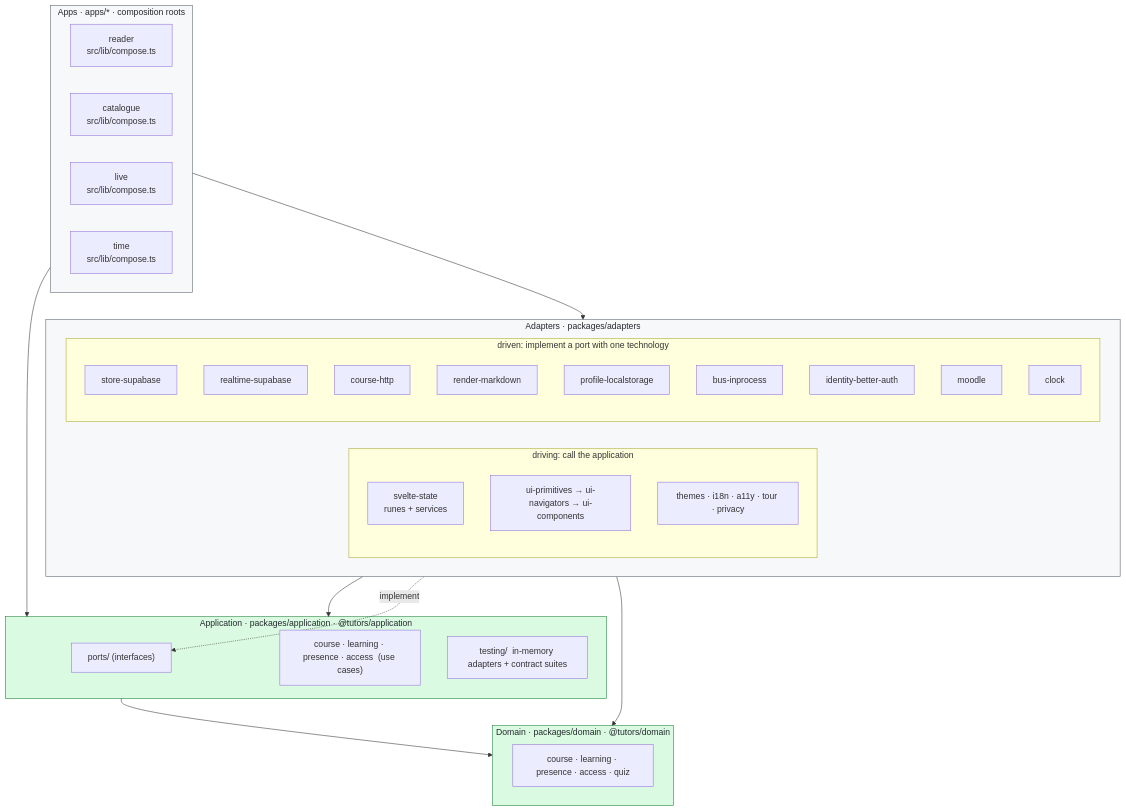
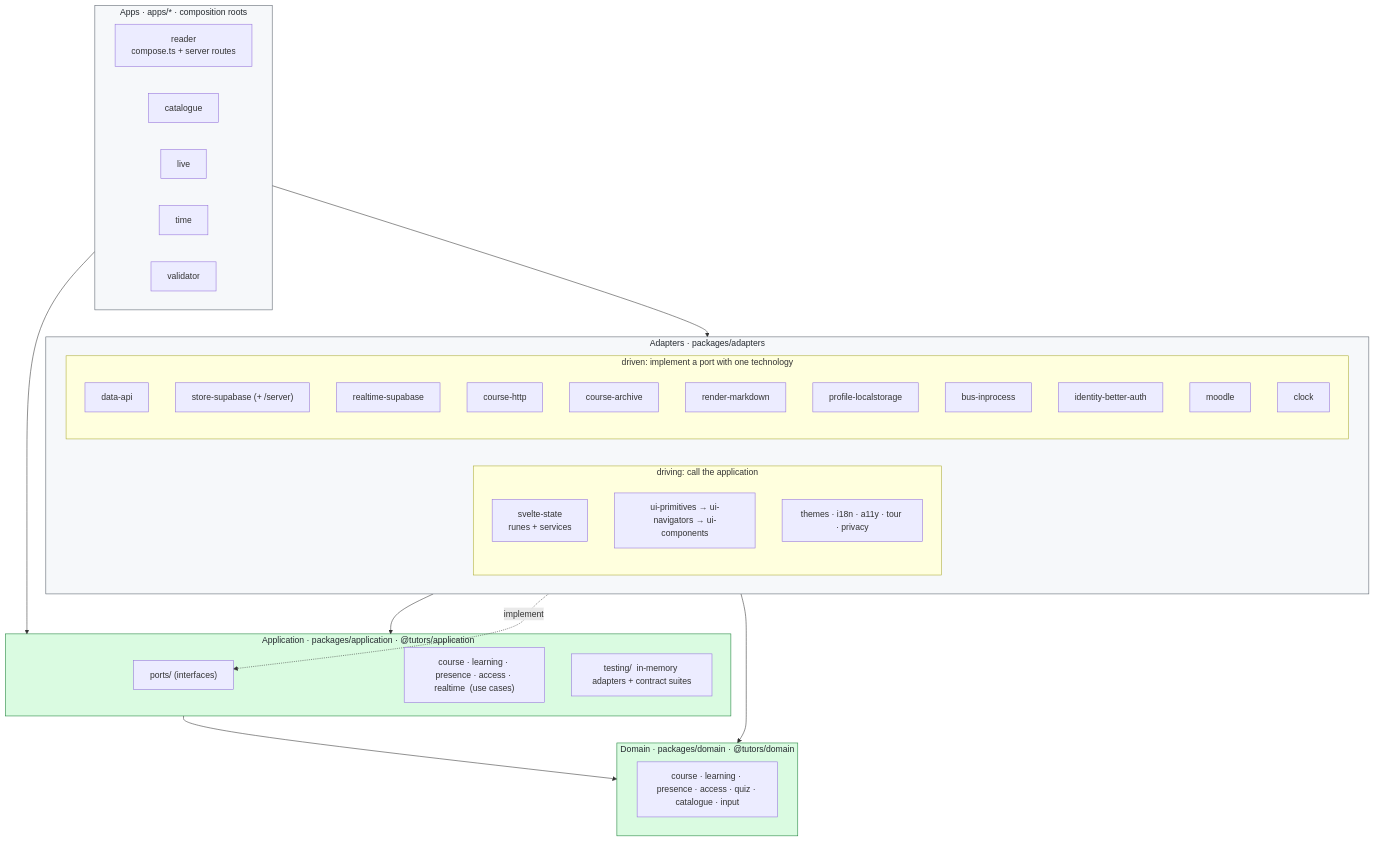
Before and after one commit to tutors-sdk/tutors-mono-repo: the third of 15 diagrams in ARCHITECTURE.md, drawn with Mermaid. The commit also changed other lines of this file and 25 other files, not shown here.

````diff
--- a/ARCHITECTURE.md
+++ b/ARCHITECTURE.md
@@ -124,52 +136,55 @@
 ```mermaid
 flowchart TB
   subgraph apps["Apps  ·  apps/*  ·  composition roots"]
     direction LR
-    readerApp["reader<br/>src/lib/compose.ts"]
-    catalogueApp["catalogue<br/>src/lib/compose.ts"]
-    liveApp["live<br/>src/lib/compose.ts"]
-    timeApp["time<br/>src/lib/compose.ts"]
+    readerApp["reader<br/>compose.ts + server routes"]
+    catalogueApp["catalogue"]
+    liveApp["live"]
+    timeApp["time"]
+    validatorApp["validator"]
   end
 
   subgraph adapters["Adapters  ·  packages/adapters"]
     direction LR
     subgraph driving["driving: call the application"]
       svelteState["svelte-state<br/>runes + services"]
       ui["ui-primitives → ui-navigators → ui-components"]
       cross["themes · i18n · a11y · tour · privacy"]
     end
     subgraph driven["driven: implement a port with one technology"]
-      storeSupabase["store-supabase"]
+      dataApi["data-api"]
+      storeSupabase["store-supabase (+ /server)"]
       realtimeSupabase["realtime-supabase"]
       courseHttp["course-http"]
+      courseArchive["course-archive"]
       renderMarkdown["render-markdown"]
       profileLocal["profile-localstorage"]
       bus["bus-inprocess"]
       identity["identity-better-auth"]
       moodle["moodle"]
       clock["clock"]
     end
   end
 
   subgraph application["Application  ·  packages/application  ·  @tutors/application"]
     ports["ports/  (interfaces)"]
-    useCases["course · learning · presence · access  (use cases)"]
+    useCases["course · learning · presence · access · realtime  (use cases)"]
     testing["testing/  in-memory adapters + contract suites"]
   end
 
   subgraph domain["Domain  ·  packages/domain  ·  @tutors/domain"]
-    domainModules["course · learning · presence · access · quiz"]
+    domainModules["course · learning · presence · access · quiz · catalogue · input"]
   end
 
   apps --> adapters
   apps --> application
   driving --> application
   driven -. implement .-> ports
   driven --> domain
   application --> domain
 
   classDef ring fill:#f6f8fa,stroke:#57606a,color:#24292f
   classDef core fill:#dafbe1,stroke:#1a7f37,color:#24292f
   class apps,adapters ring
   class application,domain core
 ```
````
